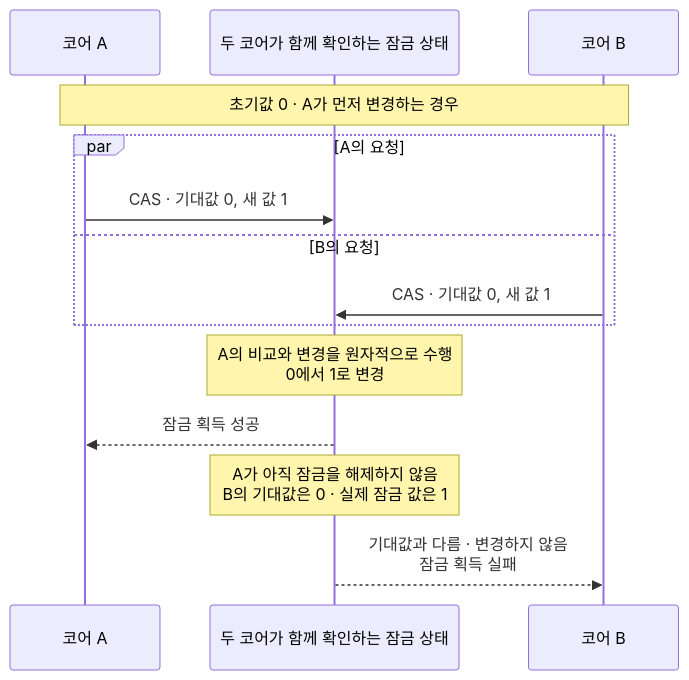
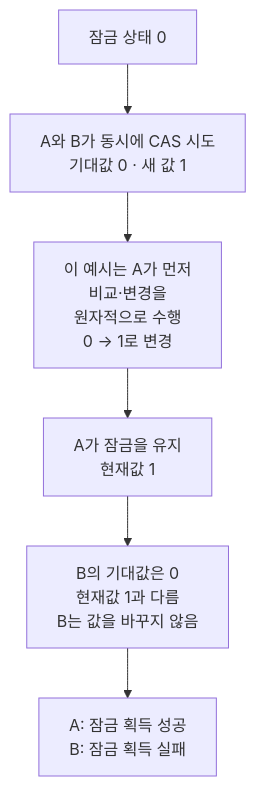
The fourth of 4 diagrams in content/posts/last-stock-ordering.md (owencity/owencity.github.io), drawn with Mermaid before and after one commit. The commit also changed other lines of this file and 1 other file, not shown here.

````diff
--- a/content/posts/last-stock-ordering.md
+++ b/content/posts/last-stock-ordering.md
@@ -110,17 +84,8 @@
 ```mermaid
-sequenceDiagram
-    participant A as 코어 A
-    participant L as 두 코어가 함께 확인하는 잠금 상태
-    participant B as 코어 B
-
-    Note over A,B: 초기값 0 · A가 먼저 변경하는 경우
-    par A의 요청
-        A->>L: CAS · 기대값 0, 새 값 1
-    and B의 요청
-        B->>L: CAS · 기대값 0, 새 값 1
-    end
-    Note over L: A의 비교와 변경을 원자적으로 수행<br/>0에서 1로 변경
-    L-->>A: 잠금 획득 성공
-    Note over L: A가 아직 잠금을 해제하지 않음<br/>B의 기대값은 0 · 실제 잠금 값은 1
-    L-->>B: 기대값과 다름 · 변경하지 않음<br/>잠금 획득 실패
+flowchart TD
+    initial["잠금 상태 0"] --> request["A와 B가 동시에 CAS 시도<br/>기대값 0 · 새 값 1"]
+    request --> change["이 예시는 A가 먼저<br/>비교·변경을<br/>원자적으로 수행<br/>0 → 1로 변경"]
+    change --> hold["A가 잠금을 유지<br/>현재값 1"]
+    hold --> compare["B의 기대값은 0<br/>현재값 1과 다름<br/>B는 값을 바꾸지 않음"]
+    compare --> result["A: 잠금 획득 성공<br/>B: 잠금 획득 실패"]
 ```
````
